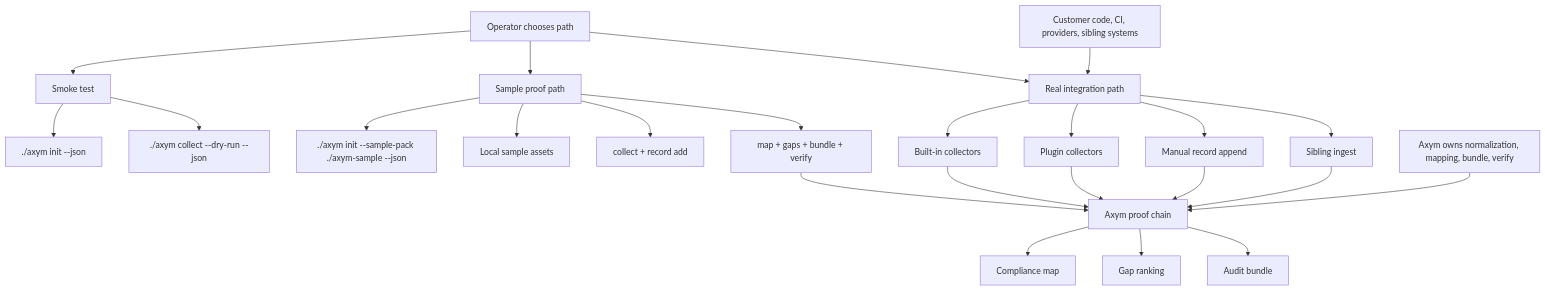
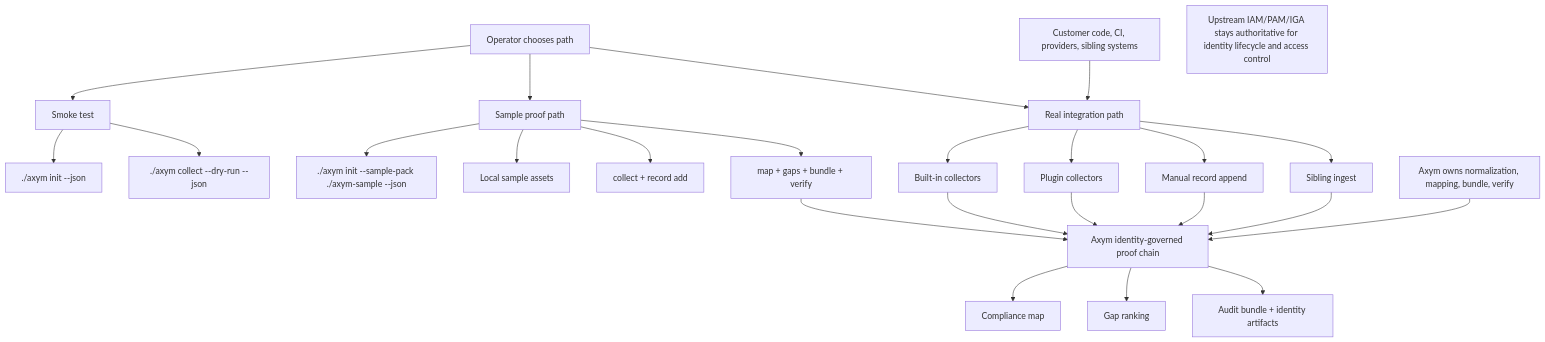
Before and after one commit to Clyra-AI/axym: the diagram in docs/operator/integration-boundary.mmd, drawn with Mermaid. The commit also changed 58 other files, not shown here.

Commit message:
compliance: add identity-governed action artifacts

```diff
--- a/docs/operator/integration-boundary.mmd
+++ b/docs/operator/integration-boundary.mmd
@@ -1,30 +1,32 @@
 flowchart TD
     A[Operator chooses path] --> B[Smoke test]
     A --> C[Sample proof path]
     A --> D[Real integration path]
 
     B --> B1[./axym init --json]
     B --> B2[./axym collect --dry-run --json]
 
     C --> C1[./axym init --sample-pack ./axym-sample --json]
     C --> C2[Local sample assets]
     C --> C3[collect + record add]
     C --> C4[map + gaps + bundle + verify]
 
     D --> D1[Built-in collectors]
     D --> D2[Plugin collectors]
     D --> D3[Manual record append]
     D --> D4[Sibling ingest]
 
-    D1 --> E[Axym proof chain]
+    D1 --> E[Axym identity-governed proof chain]
     D2 --> E
     D3 --> E
     D4 --> E
     C4 --> E
 
     E --> F[Compliance map]
     E --> G[Gap ranking]
-    E --> H[Audit bundle]
+    E --> H[Audit bundle + identity artifacts]
 
     I[Customer code, CI, providers, sibling systems] --> D
-    J[Axym owns normalization, mapping, bundle, verify] --> E
+    J[Axym owns normalization, mapping, bundle, verify]
+    K[Upstream IAM/PAM/IGA stays authoritative for identity lifecycle and access control]
+    J --> E
```
